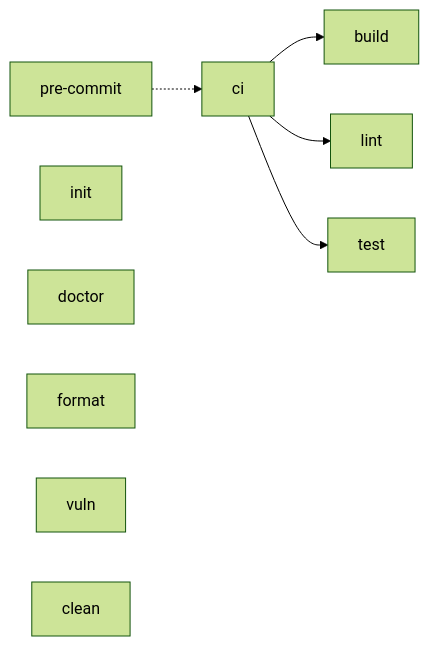
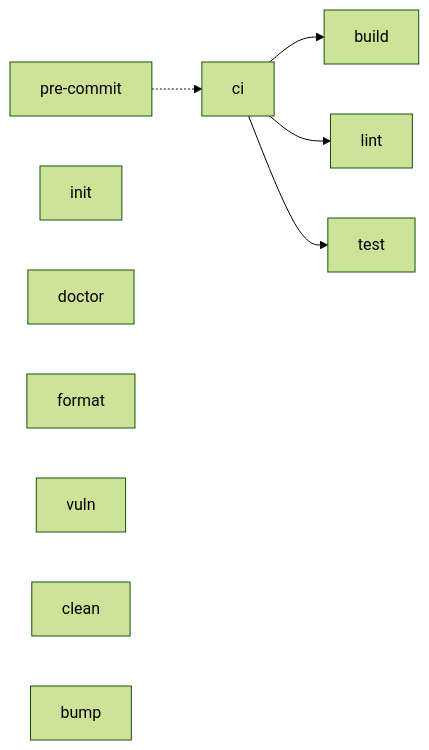
The diagram in Makefile.md (lolay/ghx), drawn with Mermaid (forest theme) before and after one commit. The commit also changed other lines of this file and 11 other files, not shown here.

````diff
--- a/Makefile.md
+++ b/Makefile.md
@@ -10,13 +10,14 @@
 ```mermaid
 graph LR
     ci --> build
     ci --> lint
     ci --> test
     pre-commit -.-> ci
 
     init
     doctor
     format
     vuln
     clean
+    bump
 ```
````
